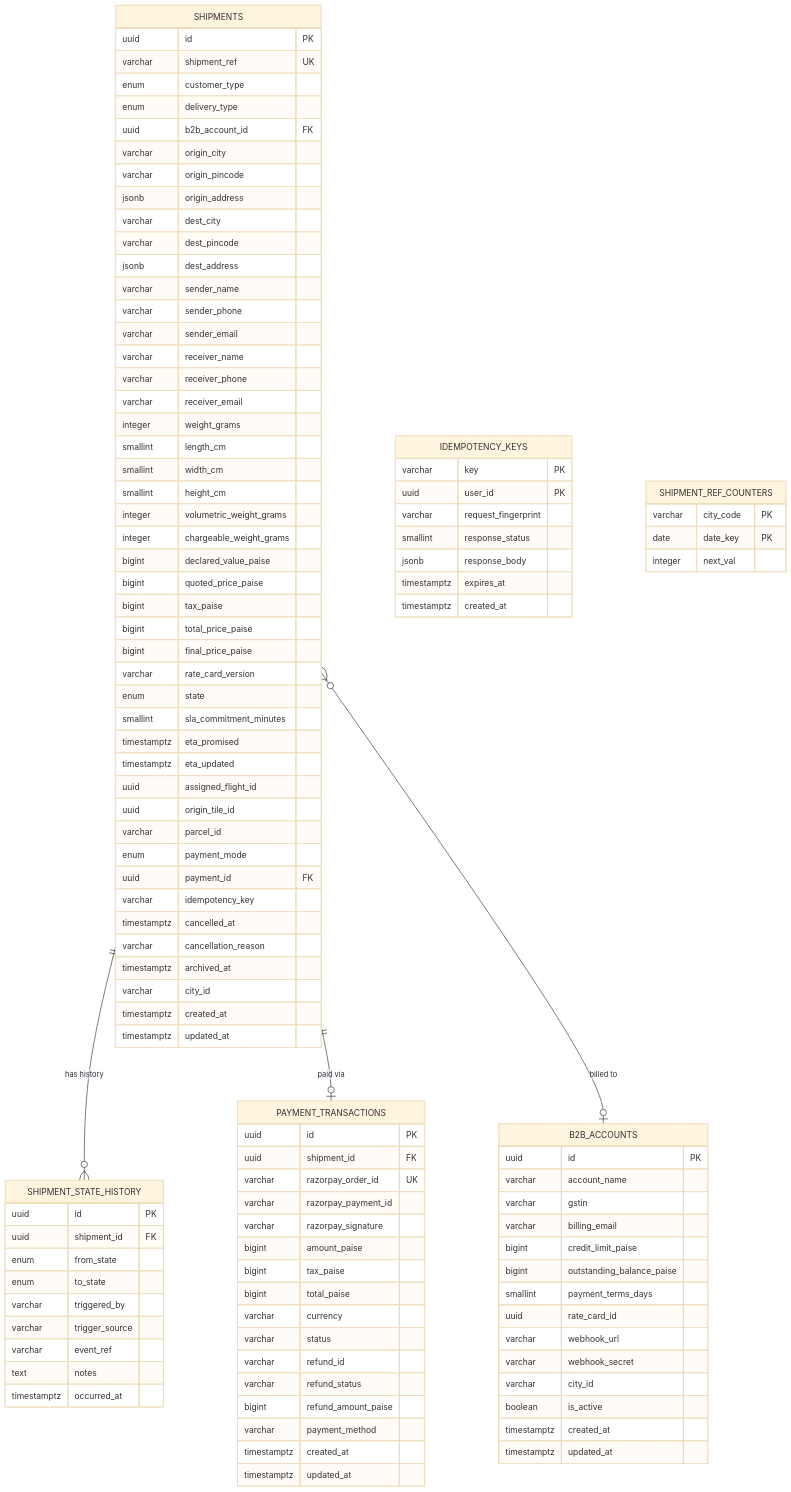
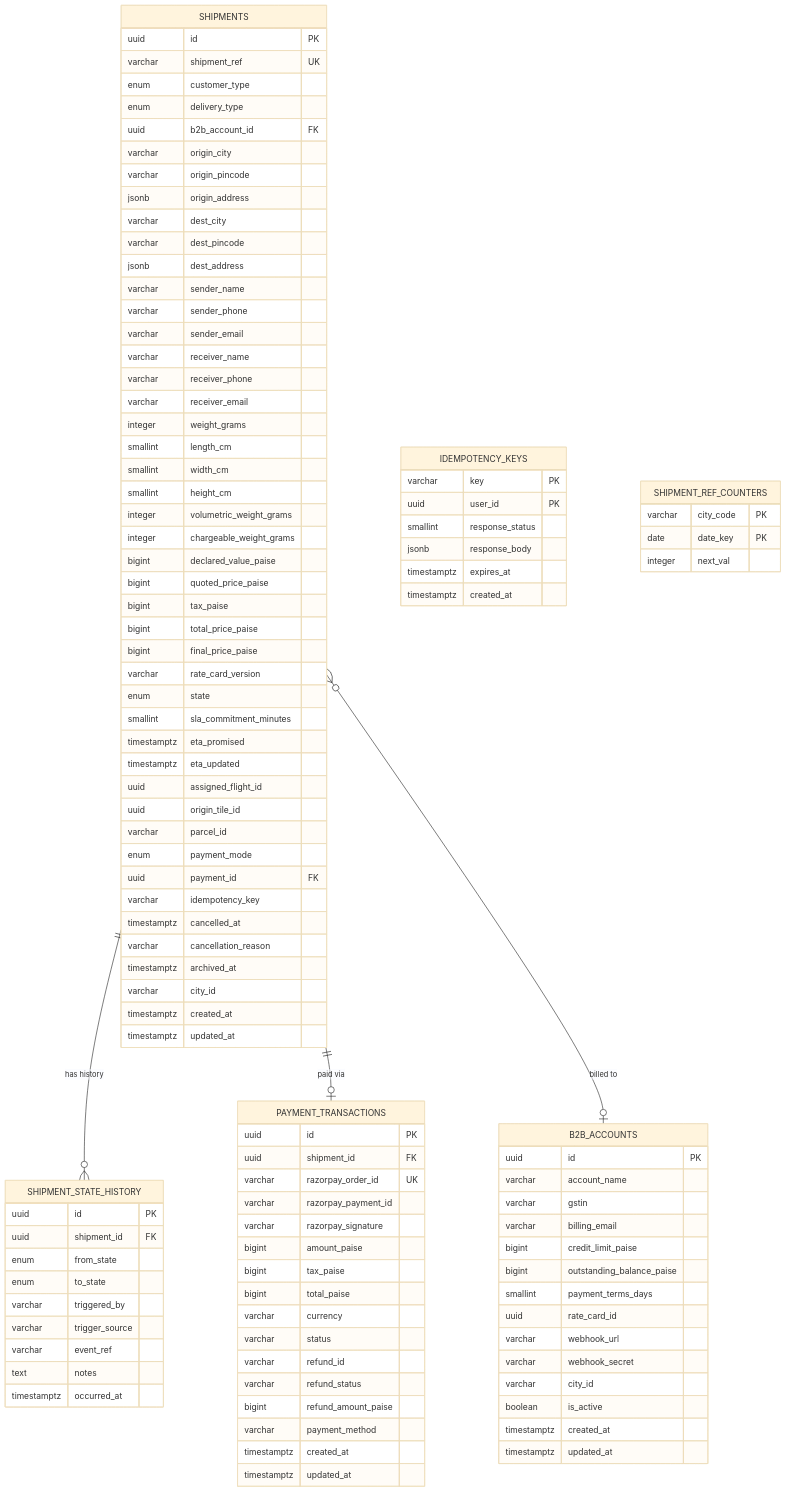
One commit to Sidarthapati/one_day_delivery changed the diagram in docs/M4/M4-ER-DIAGRAM.md. Above: the diagram before and after it, drawn with Mermaid (base theme). The commit also changed other lines of this file and 2 other files, not shown here.

```diff
--- a/docs/M4/M4-ER-DIAGRAM.md
+++ b/docs/M4/M4-ER-DIAGRAM.md
@@ -104,7 +104,6 @@
     IDEMPOTENCY_KEYS {
         varchar key PK
         uuid user_id PK
-        varchar request_fingerprint
         smallint response_status
         jsonb response_body
         timestamptz expires_at
```
